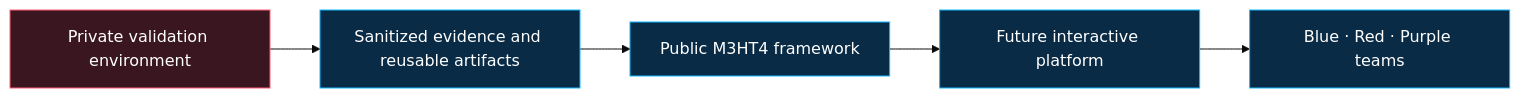
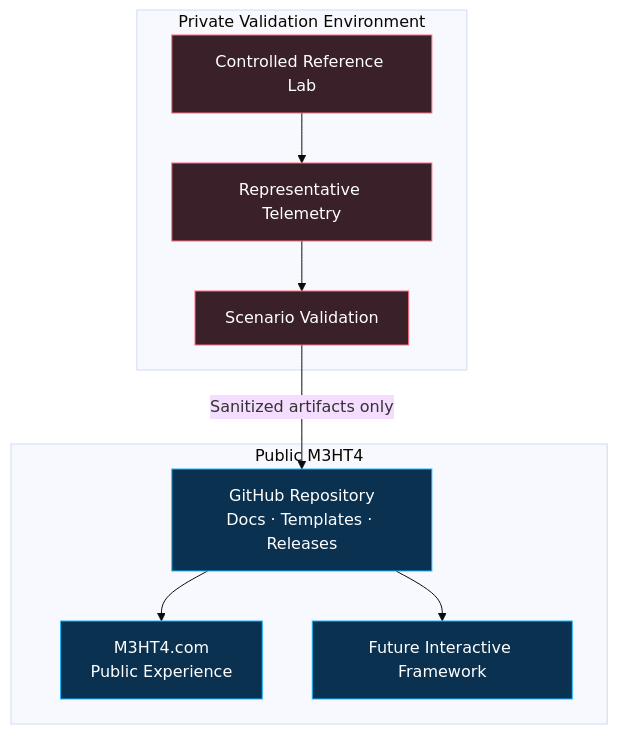
The diagram in docs/architecture/reference-architecture.md (MehtaPar/M3HT4), drawn with Mermaid (base theme) before and after one commit. The commit also changed other lines of this file and 14 other files, not shown here.

````diff
--- a/docs/architecture/reference-architecture.md
+++ b/docs/architecture/reference-architecture.md
@@ -5,12 +7,24 @@
 ```mermaid
-flowchart LR
-    Lab[Private validation environment] --> Artifacts[Sanitized evidence and reusable artifacts]
-    Artifacts --> Framework[Public M3HT4 framework]
-    Framework --> Web[Future interactive platform]
-    Web --> Users[Blue · Red · Purple teams]
+flowchart TB
+    subgraph PUBLIC["Public M3HT4"]
+      GH["GitHub Repository<br/>Docs · Templates · Releases"]
+      WEB["M3HT4.com<br/>Public Experience"]
+      APP["Future Interactive Framework"]
+      GH --> WEB
+      GH --> APP
+    end
 
-    classDef private fill:#3a1720,stroke:#ff5d73,color:#fff;
-    classDef public fill:#092b46,stroke:#15b8ff,color:#fff;
-    class Lab private;
-    class Artifacts,Framework,Web,Users public;
+    subgraph PRIVATE["Private Validation Environment"]
+      LAB["Controlled Reference Lab"]
+      DATA["Representative Telemetry"]
+      TEST["Scenario Validation"]
+      LAB --> DATA --> TEST
+    end
+
+    TEST -->|"Sanitized artifacts only"| GH
+
+    classDef public fill:#0b3150,stroke:#15b8ff,color:#fff;
+    classDef private fill:#3a2028,stroke:#ff6b7a,color:#fff;
+    class GH,WEB,APP public;
+    class LAB,DATA,TEST private;
 ```
````
